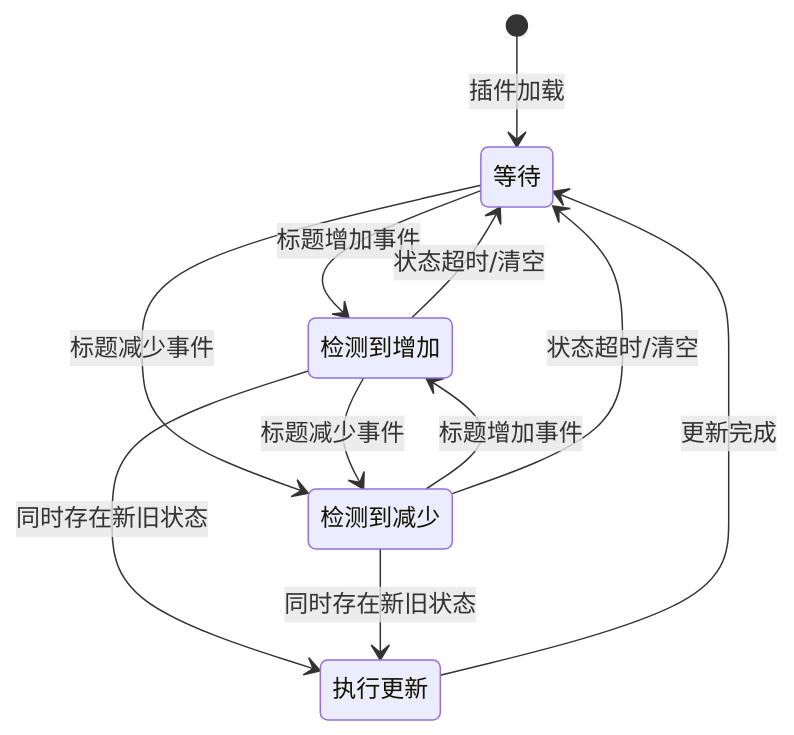
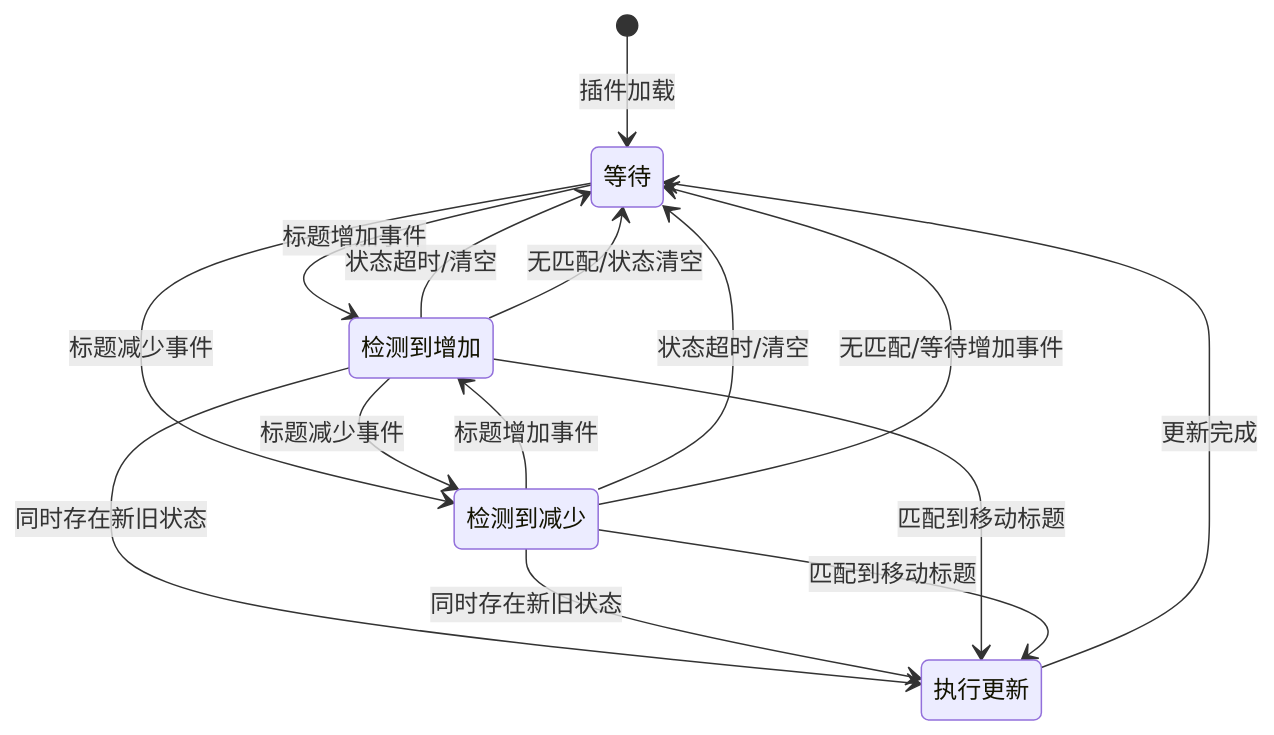
One commit to etchnight/obsidian-plugin-enhance-update-link changed the third of 3 diagrams in README.md. Above: the diagram before and after it, drawn with Mermaid. The commit also changed other lines of this file and 1 other file, not shown here.

````diff
--- a/README.md
+++ b/README.md
@@ -119,13 +127,21 @@
 ```mermaid
 stateDiagram-v2
     [*] --> 等待: 插件加载
     等待 --> 检测到增加: 标题增加事件
     等待 --> 检测到减少: 标题减少事件
+    检测到减少 --> 检测到增加: 标题增加事件
     检测到增加 --> 检测到减少: 标题减少事件
-    检测到减少 --> 检测到增加: 标题增加事件
     检测到增加 --> 等待: 状态超时/清空
     检测到减少 --> 等待: 状态超时/清空
     检测到增加 --> 执行更新: 同时存在新旧状态
     检测到减少 --> 执行更新: 同时存在新旧状态
     执行更新 --> 等待: 更新完成
+    
+    state 检测到增加 <<choice>>
+    检测到增加 --> 执行更新: 匹配到移动标题
+    检测到增加 --> 等待: 无匹配/状态清空
+    
+    state 检测到减少 <<choice>>
+    检测到减少 --> 执行更新: 匹配到移动标题
+    检测到减少 --> 等待: 无匹配/等待增加事件
 ```
````
